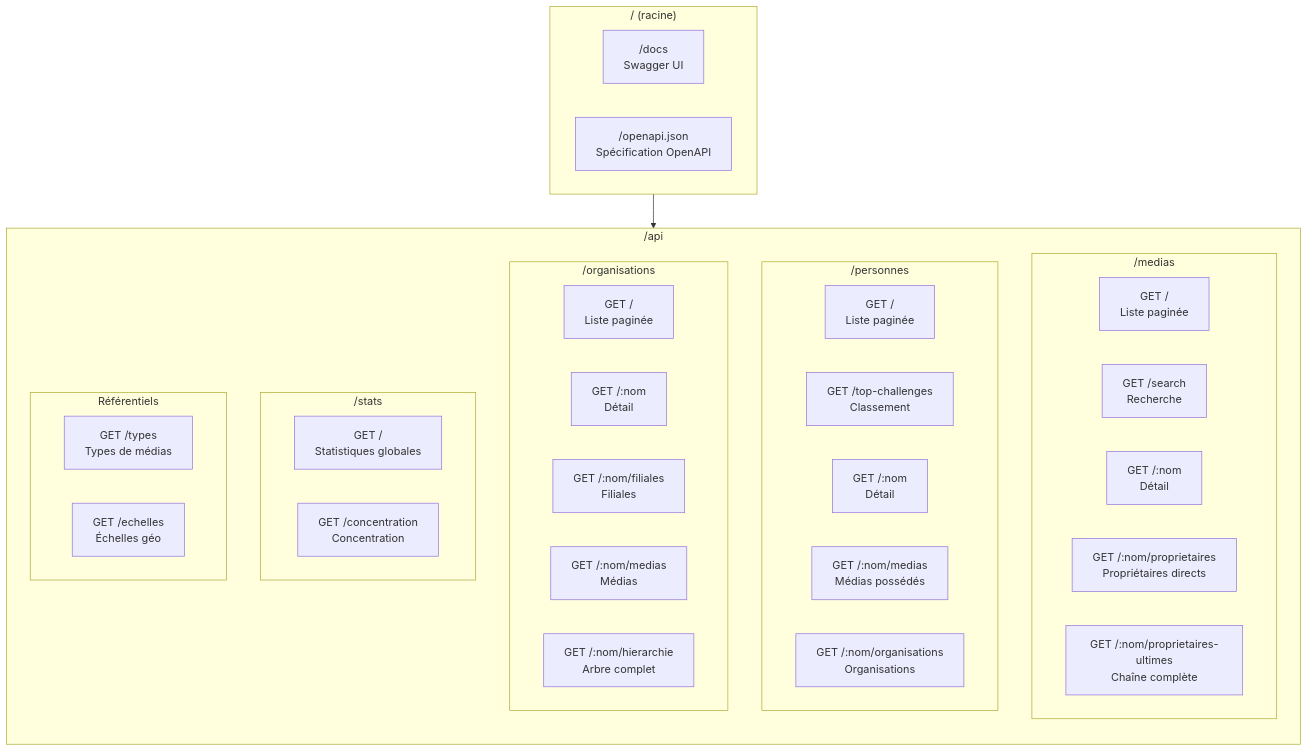
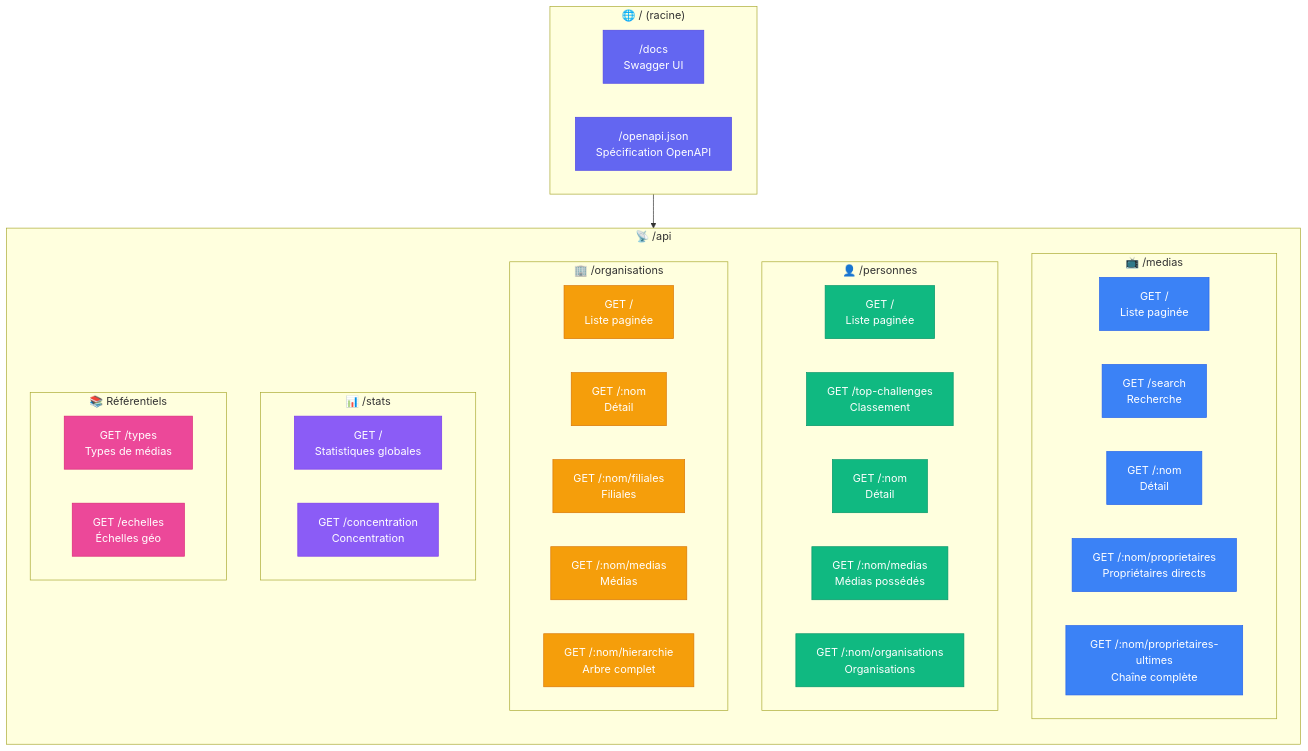
The fifth of 14 diagrams in docs/diagrams.md (cedric-famibelle-pronzola/medias-francais-api), drawn with Mermaid before and after one commit. The commit also changed other lines of this file, not shown here.

Commit message:
docs: improve mermaid styles

````diff
--- a/docs/diagrams.md
+++ b/docs/diagrams.md
@@ -209,47 +250,69 @@
 ```mermaid
 flowchart TB
-    subgraph Root["/ (racine)"]
+    subgraph Root["🌐 / (racine)"]
         DOCS["/docs<br/>Swagger UI"]
         SPEC["/openapi.json<br/>Spécification OpenAPI"]
     end
 
-    subgraph API["/api"]
+    subgraph API["📡 /api"]
         direction TB
 
-        subgraph Medias["/medias"]
+        subgraph Medias["📺 /medias"]
             M1["GET /<br/>Liste paginée"]
             M2["GET /search<br/>Recherche"]
             M3["GET /:nom<br/>Détail"]
             M4["GET /:nom/proprietaires<br/>Propriétaires directs"]
             M5["GET /:nom/proprietaires-ultimes<br/>Chaîne complète"]
         end
 
-        subgraph Personnes["/personnes"]
+        subgraph Personnes["👤 /personnes"]
             P1["GET /<br/>Liste paginée"]
             P2["GET /top-challenges<br/>Classement"]
             P3["GET /:nom<br/>Détail"]
             P4["GET /:nom/medias<br/>Médias possédés"]
             P5["GET /:nom/organisations<br/>Organisations"]
         end
 
-        subgraph Organisations["/organisations"]
+        subgraph Organisations["🏢 /organisations"]
             O1["GET /<br/>Liste paginée"]
             O2["GET /:nom<br/>Détail"]
             O3["GET /:nom/filiales<br/>Filiales"]
             O4["GET /:nom/medias<br/>Médias"]
             O5["GET /:nom/hierarchie<br/>Arbre complet"]
         end
 
-        subgraph Stats["/stats"]
+        subgraph Stats["📊 /stats"]
             S1["GET /<br/>Statistiques globales"]
             S2["GET /concentration<br/>Concentration"]
         end
 
-        subgraph Refs["Référentiels"]
+        subgraph Refs["📚 Référentiels"]
             R1["GET /types<br/>Types de médias"]
             R2["GET /echelles<br/>Échelles géo"]
         end
     end
 
     Root --> API
+
+    style DOCS fill:#6366f1,stroke:#4f46e5,color:#fff
+    style SPEC fill:#6366f1,stroke:#4f46e5,color:#fff
+    style M1 fill:#3b82f6,stroke:#2563eb,color:#fff
+    style M2 fill:#3b82f6,stroke:#2563eb,color:#fff
+    style M3 fill:#3b82f6,stroke:#2563eb,color:#fff
+    style M4 fill:#3b82f6,stroke:#2563eb,color:#fff
+    style M5 fill:#3b82f6,stroke:#2563eb,color:#fff
+    style P1 fill:#10b981,stroke:#059669,color:#fff
+    style P2 fill:#10b981,stroke:#059669,color:#fff
+    style P3 fill:#10b981,stroke:#059669,color:#fff
+    style P4 fill:#10b981,stroke:#059669,color:#fff
+    style P5 fill:#10b981,stroke:#059669,color:#fff
+    style O1 fill:#f59e0b,stroke:#d97706,color:#fff
+    style O2 fill:#f59e0b,stroke:#d97706,color:#fff
+    style O3 fill:#f59e0b,stroke:#d97706,color:#fff
+    style O4 fill:#f59e0b,stroke:#d97706,color:#fff
+    style O5 fill:#f59e0b,stroke:#d97706,color:#fff
+    style S1 fill:#8b5cf6,stroke:#7c3aed,color:#fff
+    style S2 fill:#8b5cf6,stroke:#7c3aed,color:#fff
+    style R1 fill:#ec4899,stroke:#db2777,color:#fff
+    style R2 fill:#ec4899,stroke:#db2777,color:#fff
 ```
````
